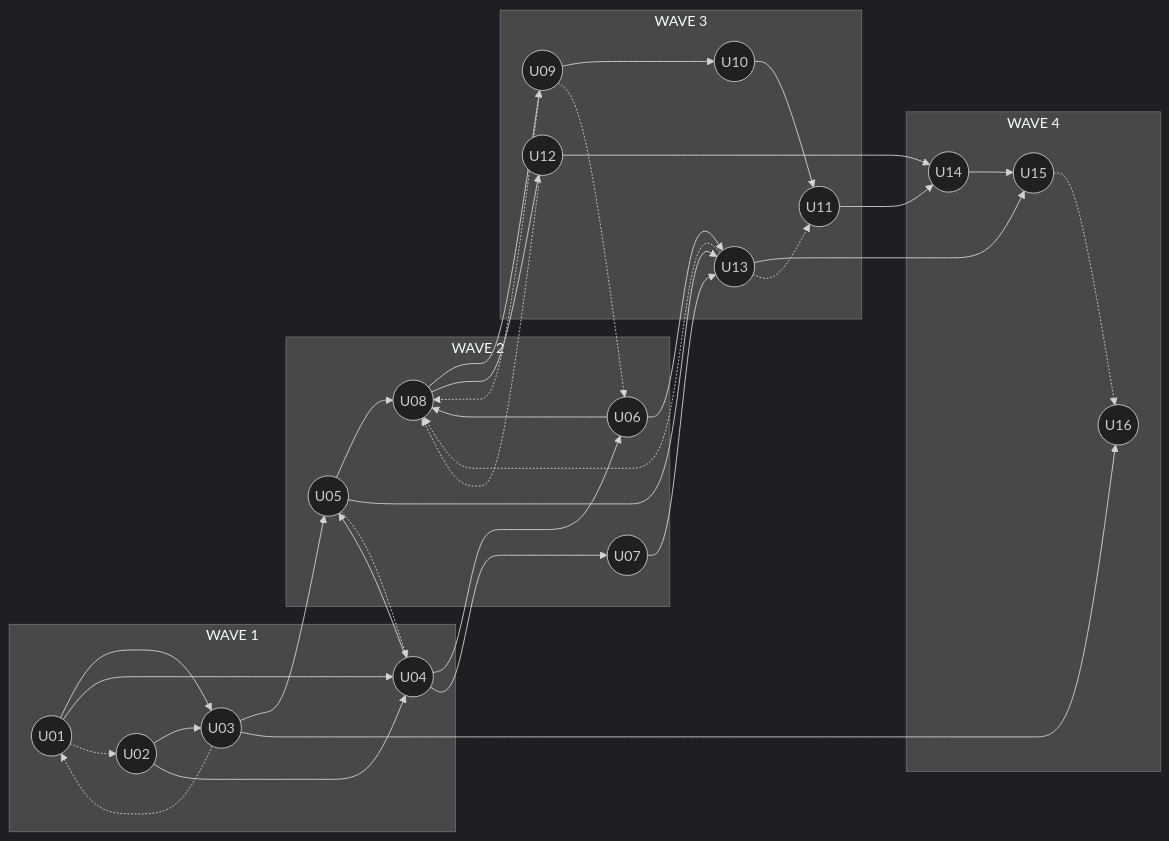
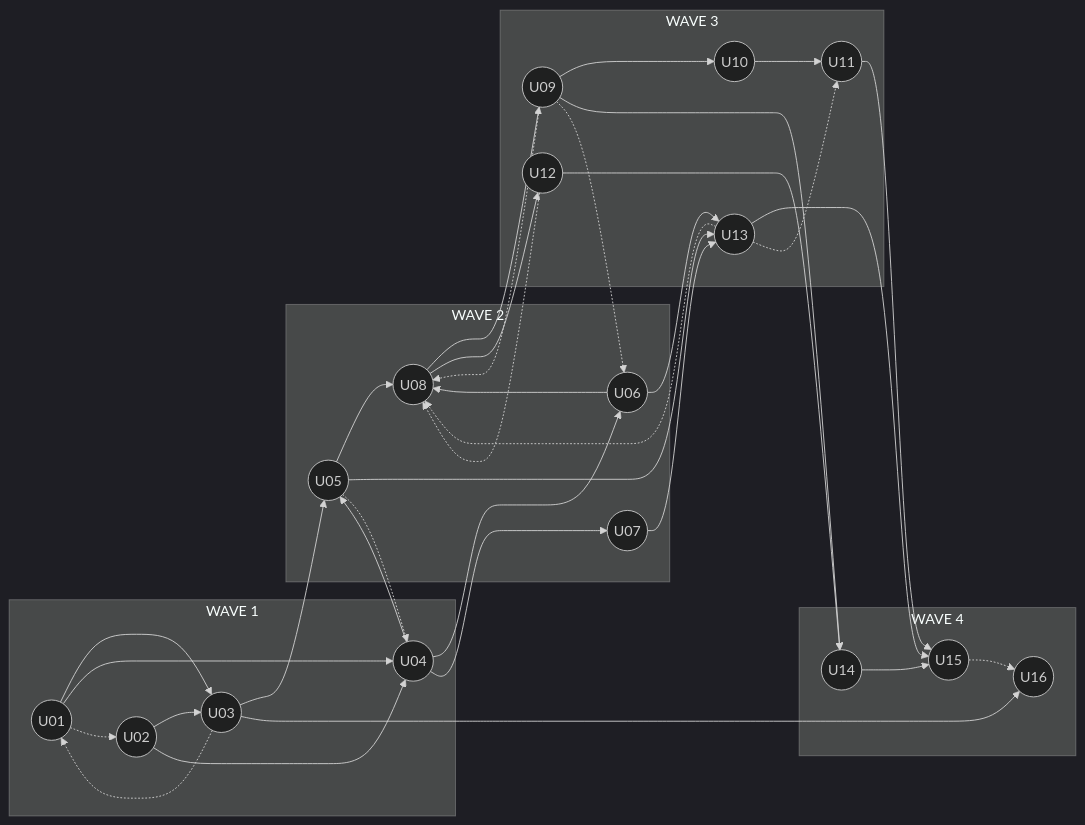
The diagram in aidlc-docs/inception/application-design/unit-of-work-dependency.md (hygef-v4/AI-Powered-Learning-Platform), drawn with Mermaid (dark theme) before and after one commit. The commit also changed other lines of this file and 43 other files, not shown here.

````diff
--- a/aidlc-docs/inception/application-design/unit-of-work-dependency.md
+++ b/aidlc-docs/inception/application-design/unit-of-work-dependency.md
@@ -30,60 +30,61 @@
 ```mermaid
 flowchart LR
     subgraph W1["WAVE 1"]
         U01((U01))
         U02((U02))
         U03((U03))
         U04((U04))
     end
     subgraph W2["WAVE 2"]
         U05((U05))
         U06((U06))
         U07((U07))
         U08((U08))
     end
     subgraph W3["WAVE 3"]
         U09((U09))
         U10((U10))
         U11((U11))
         U12((U12))
         U13((U13))
     end
     subgraph W4["WAVE 4"]
         U14((U14))
         U15((U15))
         U16((U16))
     end
 
     U01 --> U03
     U01 --> U04
     U02 --> U03
     U02 --> U04
     U03 --> U05
     U04 --> U05
     U04 --> U06
     U04 --> U07
     U05 --> U08
     U06 --> U08
     U05 --> U13
     U06 --> U13
     U07 --> U13
     U08 --> U09
     U08 --> U12
     U09 --> U10
     U10 --> U11
-    U11 --> U14
+    U09 --> U14
+    U11 --> U15
     U12 --> U14
     U13 --> U15
     U14 --> U15
     U03 --> U16
 
     U01 -.-> U02
     U03 -.-> U01
     U05 -.-> U04
     U13 -.-> U08
     U09 -.-> U08
     U12 -.-> U08
     U09 -.-> U06
     U13 -.-> U11
     U15 -.-> U16
 ```
````
